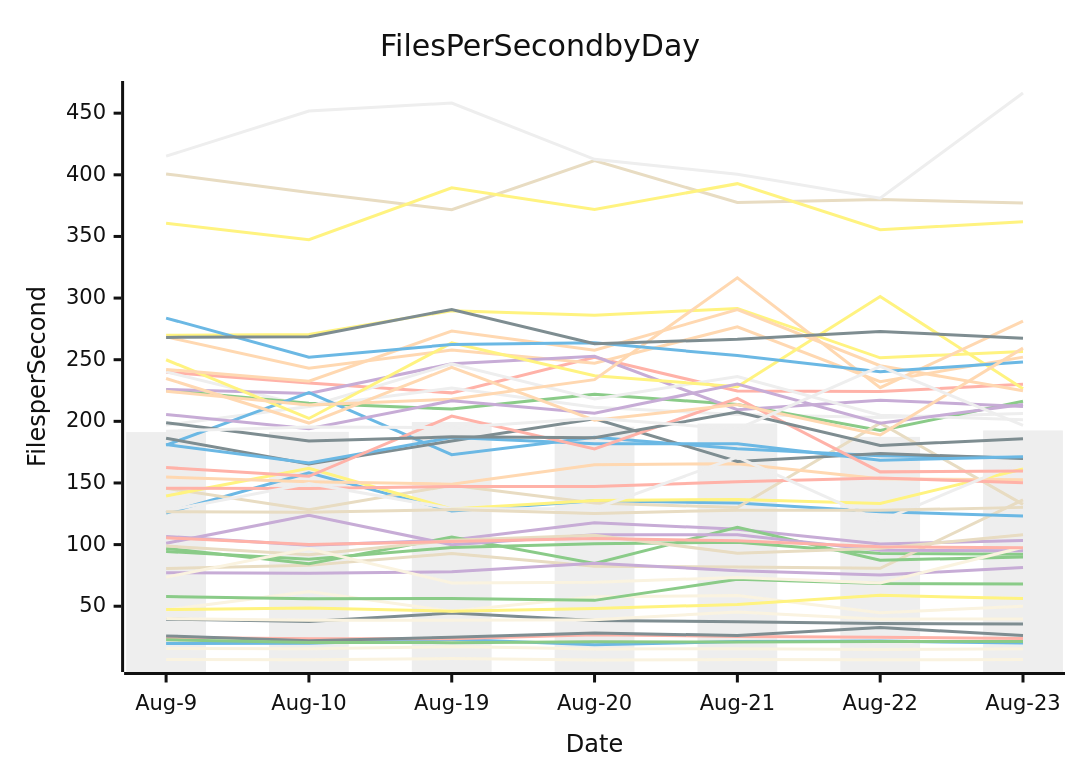
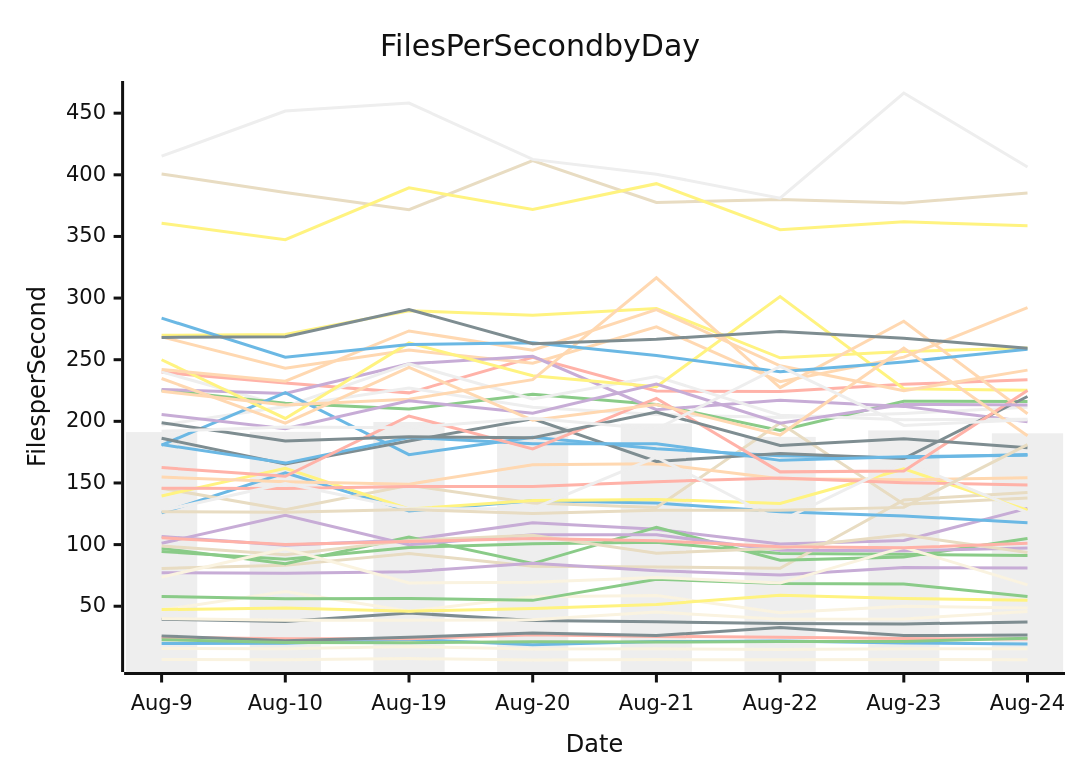
The diagram in perf-report.md (streetsidesoftware/cspell), drawn with Mermaid (neutral theme) before and after one commit. The commit also changed other lines of this file and 3 other files, not shown here.

````diff
--- a/perf-report.md
+++ b/perf-report.md
@@ -11,57 +11,57 @@
 ```mermaid
 xychart-beta
     title Files Per Second by Day
     y-axis Files per Second
-    x-axis Date [Aug-9, Aug-10, Aug-19, Aug-20, Aug-21, Aug-22, Aug-23]
-    bar [191.27, 191.48, 199.45, 195.67, 198.22, 187.40, 192.61]
-    line [19.76, 19.87, 23.15, 18.80, 21.30, 21.70, 20.11]
-    line [94.45, 88.13, 97.66, 100.71, 101.93, 92.80, 92.11]
-    line [106.66, 99.38, 103.80, 117.71, 112.47, 100.50, 103.30]
-    line [80.61, 83.15, 92.81, 82.44, 81.86, 80.75, 136.22]
-    line [239.79, 231.09, 223.10, 252.00, 224.60, 224.17, 230.06]
-    line [269.81, 270.47, 289.77, 286.14, 291.59, 251.52, 256.69]
-    line [39.52, 37.52, 44.46, 38.46, 37.42, 35.96, 35.65]
-    line [268.54, 243.09, 257.77, 247.18, 276.72, 232.23, 252.08]
-    line [6.78, 6.60, 7.51, 6.38, 6.72, 6.55, 6.77]
-    line [240.17, 211.99, 227.00, 211.38, 205.51, 203.10, 206.43]
-    line [125.68, 158.27, 127.25, 135.61, 133.76, 126.70, 123.28]
-    line [225.24, 214.74, 210.02, 221.88, 213.58, 192.56, 216.27]
-    line [225.91, 222.58, 246.74, 252.74, 209.47, 217.12, 212.13]
-    line [145.75, 128.32, 148.05, 133.76, 130.09, 198.58, 132.66]
-    line [24.65, 23.72, 23.68, 26.94, 25.51, 24.79, 23.76]
-    line [139.45, 161.93, 128.87, 135.71, 136.66, 133.36, 161.38]
-    line [25.95, 22.03, 24.86, 28.29, 26.21, 32.71, 26.20]
-    line [154.75, 150.93, 149.02, 164.86, 165.64, 153.35, 152.64]
-    line [15.80, 15.53, 17.25, 15.28, 15.49, 14.84, 15.46]
-    line [196.97, 211.99, 246.59, 218.10, 236.31, 204.94, 201.38]
-    line [180.75, 223.35, 172.94, 187.16, 177.68, 172.01, 170.49]
-    line [96.93, 84.41, 106.12, 84.61, 114.12, 87.31, 89.99]
-    line [77.16, 76.75, 77.91, 84.91, 78.76, 75.34, 81.46]
-    line [400.74, 385.62, 371.65, 411.46, 377.61, 379.88, 377.18]
-    line [145.79, 145.58, 147.10, 147.08, 151.07, 153.94, 150.27]
-    line [249.96, 202.34, 263.67, 236.99, 228.06, 301.20, 226.40]
-    line [186.27, 165.43, 184.07, 202.12, 167.51, 173.85, 169.85]
-    line [224.37, 213.27, 217.89, 233.79, 316.48, 227.32, 281.23]
-    line [47.00, 61.84, 45.89, 57.63, 58.67, 44.77, 49.92]
-    line [127.47, 149.55, 129.16, 129.10, 170.99, 119.13, 167.47]
-    line [181.18, 166.12, 186.93, 181.85, 181.88, 168.34, 171.35]
-    line [57.90, 56.15, 56.35, 54.76, 71.89, 68.47, 68.09]
-    line [101.07, 123.80, 99.87, 108.06, 107.98, 95.34, 94.96]
-    line [98.84, 91.76, 103.43, 107.49, 93.08, 97.11, 107.90]
-    line [162.48, 155.40, 204.32, 177.59, 218.64, 159.00, 159.79]
-    line [360.76, 347.31, 389.41, 371.89, 392.82, 355.53, 361.83]
-    line [198.91, 184.05, 187.41, 186.67, 207.48, 180.49, 185.92]
-    line [242.10, 232.62, 273.32, 257.69, 290.62, 245.10, 224.83]
-    line [73.60, 96.61, 68.89, 69.48, 73.38, 68.77, 97.84]
-    line [415.14, 451.69, 458.22, 412.53, 400.53, 380.98, 466.37]
-    line [283.77, 252.09, 262.36, 263.68, 253.37, 240.18, 248.22]
-    line [22.84, 20.59, 20.47, 21.22, 20.90, 21.42, 21.40]
-    line [205.56, 193.98, 216.67, 206.61, 230.20, 198.53, 213.69]
-    line [126.64, 126.17, 128.45, 125.27, 127.94, 127.77, 130.20]
-    line [105.46, 100.11, 102.43, 104.89, 103.21, 98.21, 97.36]
-    line [47.26, 48.66, 46.00, 48.26, 51.42, 58.83, 56.30]
-    line [268.09, 268.70, 290.78, 262.94, 266.60, 272.93, 267.45]
-    line [234.76, 198.61, 243.75, 200.90, 213.71, 188.91, 259.37]
-    line [39.98, 38.63, 38.64, 39.11, 45.24, 39.50, 39.66]
-    line [192.03, 195.48, 194.87, 202.54, 193.62, 244.63, 196.70]
+    x-axis Date [Aug-9, Aug-10, Aug-19, Aug-20, Aug-21, Aug-22, Aug-23, Aug-24]
+    bar [191.27, 191.48, 199.45, 195.67, 198.22, 187.40, 192.61, 190.29]
+    line [19.76, 19.87, 23.15, 18.80, 21.30, 21.70, 20.11, 19.33]
+    line [94.45, 88.13, 97.66, 100.71, 101.93, 92.80, 92.11, 91.13]
+    line [106.66, 99.38, 103.80, 117.71, 112.47, 100.50, 103.30, 129.41]
+    line [80.61, 83.15, 92.81, 82.44, 81.86, 80.75, 136.22, 142.35]
+    line [239.79, 231.09, 223.10, 252.00, 224.60, 224.17, 230.06, 233.71]
+    line [269.81, 270.47, 289.77, 286.14, 291.59, 251.52, 256.69, 259.57]
+    line [39.52, 37.52, 44.46, 38.46, 37.42, 35.96, 35.65, 37.18]
+    line [268.54, 243.09, 257.77, 247.18, 276.72, 232.23, 252.08, 292.20]
+    line [6.78, 6.60, 7.51, 6.38, 6.72, 6.55, 6.77, 6.61]
+    line [240.17, 211.99, 227.00, 211.38, 205.51, 203.10, 206.43, 211.33]
+    line [125.68, 158.27, 127.25, 135.61, 133.76, 126.70, 123.28, 117.69]
+    line [225.24, 214.74, 210.02, 221.88, 213.58, 192.56, 216.27, 216.10]
+    line [225.91, 222.58, 246.74, 252.74, 209.47, 217.12, 212.13, 199.68]
+    line [145.75, 128.32, 148.05, 133.76, 130.09, 198.58, 132.66, 137.81]
+    line [24.65, 23.72, 23.68, 26.94, 25.51, 24.79, 23.76, 23.39]
+    line [139.45, 161.93, 128.87, 135.71, 136.66, 133.36, 161.38, 127.95]
+    line [25.95, 22.03, 24.86, 28.29, 26.21, 32.71, 26.20, 26.72]
+    line [154.75, 150.93, 149.02, 164.86, 165.64, 153.35, 152.64, 154.15]
+    line [15.80, 15.53, 17.25, 15.28, 15.49, 14.84, 15.46, 15.44]
+    line [196.97, 211.99, 246.59, 218.10, 236.31, 204.94, 201.38, 201.76]
+    line [180.75, 223.35, 172.94, 187.16, 177.68, 172.01, 170.49, 173.05]
+    line [96.93, 84.41, 106.12, 84.61, 114.12, 87.31, 89.99, 104.90]
+    line [77.16, 76.75, 77.91, 84.91, 78.76, 75.34, 81.46, 80.93]
+    line [400.74, 385.62, 371.65, 411.46, 377.61, 379.88, 377.18, 385.18]
+    line [145.79, 145.58, 147.10, 147.08, 151.07, 153.94, 150.27, 148.30]
+    line [249.96, 202.34, 263.67, 236.99, 228.06, 301.20, 226.40, 225.27]
+    line [186.27, 165.43, 184.07, 202.12, 167.51, 173.85, 169.85, 220.14]
+    line [224.37, 213.27, 217.89, 233.79, 316.48, 227.32, 281.23, 206.20]
+    line [47.00, 61.84, 45.89, 57.63, 58.67, 44.77, 49.92, 48.65]
+    line [127.47, 149.55, 129.16, 129.10, 170.99, 119.13, 167.47, 125.86]
+    line [181.18, 166.12, 186.93, 181.85, 181.88, 168.34, 171.35, 172.55]
+    line [57.90, 56.15, 56.35, 54.76, 71.89, 68.47, 68.09, 57.95]
+    line [101.07, 123.80, 99.87, 108.06, 107.98, 95.34, 94.96, 97.19]
+    line [98.84, 91.76, 103.43, 107.49, 93.08, 97.11, 107.90, 93.52]
+    line [162.48, 155.40, 204.32, 177.59, 218.64, 159.00, 159.79, 224.94]
+    line [360.76, 347.31, 389.41, 371.89, 392.82, 355.53, 361.83, 358.72]
+    line [198.91, 184.05, 187.41, 186.67, 207.48, 180.49, 185.92, 178.53]
+    line [242.10, 232.62, 273.32, 257.69, 290.62, 245.10, 224.83, 241.56]
+    line [73.60, 96.61, 68.89, 69.48, 73.38, 68.77, 97.84, 67.30]
+    line [415.14, 451.69, 458.22, 412.53, 400.53, 380.98, 466.37, 406.30]
+    line [283.77, 252.09, 262.36, 263.68, 253.37, 240.18, 248.22, 258.39]
+    line [22.84, 20.59, 20.47, 21.22, 20.90, 21.42, 21.40, 23.95]
+    line [205.56, 193.98, 216.67, 206.61, 230.20, 198.53, 213.69, 213.31]
+    line [126.64, 126.17, 128.45, 125.27, 127.94, 127.77, 130.20, 181.09]
+    line [105.46, 100.11, 102.43, 104.89, 103.21, 98.21, 97.36, 101.18]
+    line [47.26, 48.66, 46.00, 48.26, 51.42, 58.83, 56.30, 54.82]
+    line [268.09, 268.70, 290.78, 262.94, 266.60, 272.93, 267.45, 259.30]
+    line [234.76, 198.61, 243.75, 200.90, 213.71, 188.91, 259.37, 188.24]
+    line [39.98, 38.63, 38.64, 39.11, 45.24, 39.50, 39.66, 45.76]
+    line [192.03, 195.48, 194.87, 202.54, 193.62, 244.63, 196.70, 201.20]
 ```
````
